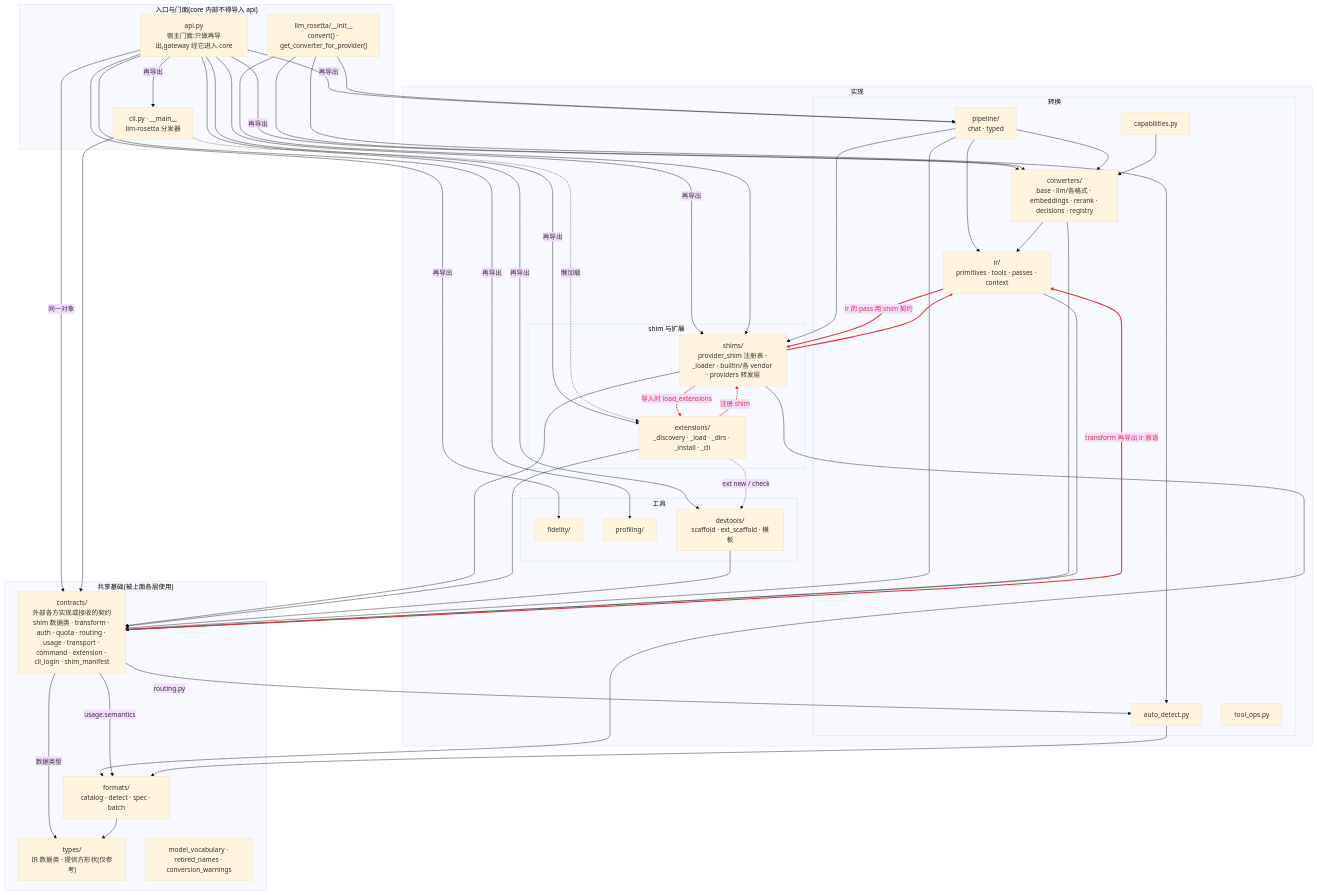
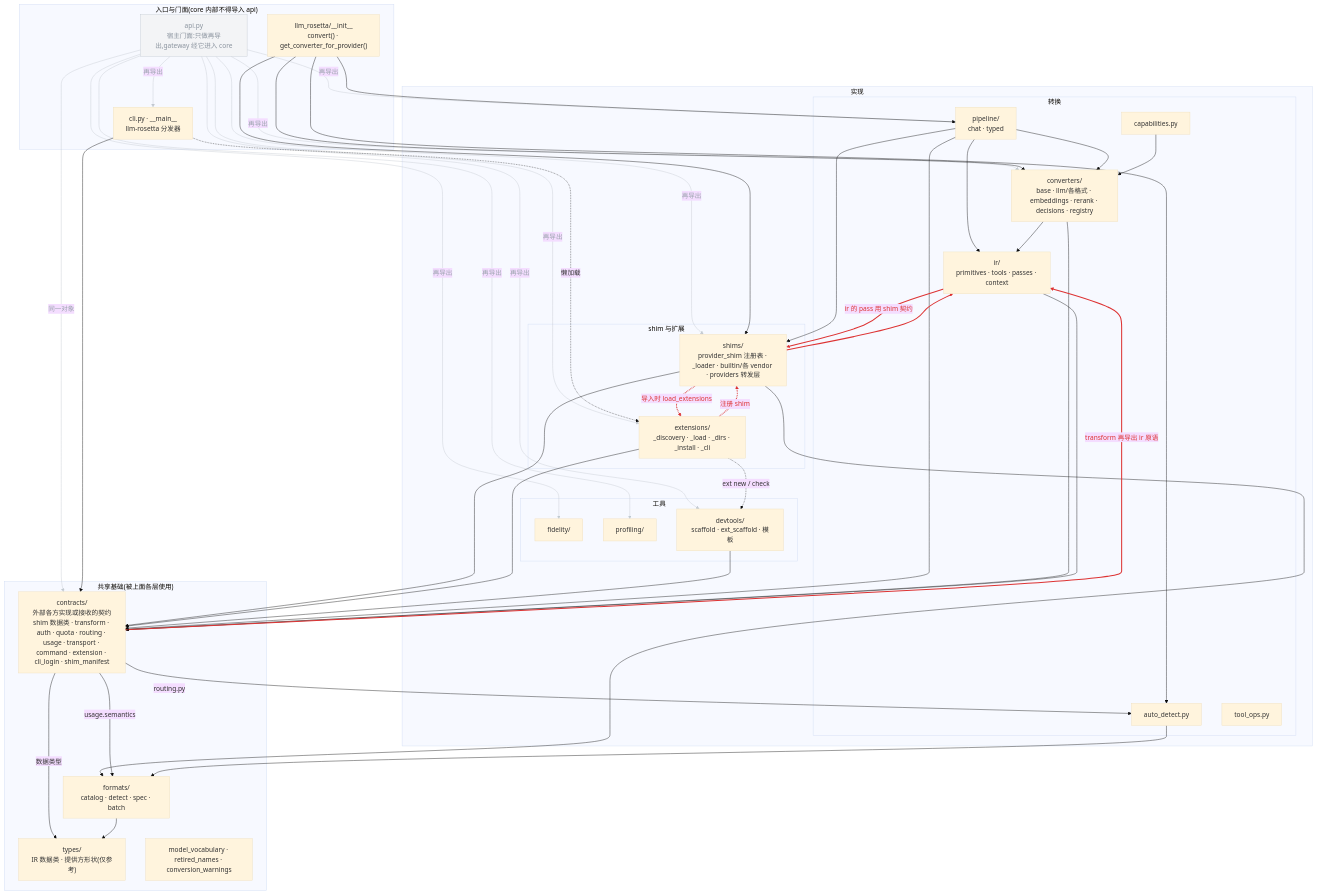
The diagram in core.mmd (Oaklight/llm-rosetta), drawn with Mermaid (base theme) before and after one commit. The commit also changed 5 other files, not shown here.

```diff
--- a/core.mmd
+++ b/core.mmd
@@ -1,77 +1,87 @@
 flowchart TB
   subgraph FACADE["入口与门面(core 内部不得导入 api)"]
     API["api.py<br/>宿主门面:只做再导出,gateway 经它进入 core"]
     INIT["llm_rosetta/__init__<br/>convert() · get_converter_for_provider()"]
     CLI["cli.py · __main__<br/>llm-rosetta 分发器"]
   end
   subgraph IMPL["实现"]
     subgraph CONV["转换"]
       PIPE["pipeline/<br/>chat · typed"]
       CVT["converters/<br/>base · llm/各格式 · embeddings · rerank · decisions · registry"]
       IR["ir/<br/>primitives · tools · passes · context"]
       DET["auto_detect.py"]
       CAP["capabilities.py"]
       TOOL["tool_ops.py"]
     end
     subgraph SHIMEXT["shim 与扩展"]
       SHIM["shims/<br/>provider_shim 注册表 · _loader · builtin/各 vendor · providers 转发层"]
       EXTS["extensions/<br/>_discovery · _load · _dirs · _install · _cli"]
     end
     subgraph TOOLS["工具"]
       FID["fidelity/"]
       PROF["profiling/"]
       DEV["devtools/<br/>scaffold · ext_scaffold · 模板"]
     end
   end
   subgraph FOUND["共享基础(被上面各层使用)"]
     CON["contracts/<br/>外部各方实现或接收的契约<br/>shim 数据类 · transform · auth · quota · routing · usage · transport · command · extension · cli_login · shim_manifest"]
     FMT["formats/<br/>catalog · detect · spec · batch"]
     TYP["types/<br/>IR 数据类 · 提供方形状(仅参考)"]
     VOCAB["model_vocabulary · retired_names · conversion_warnings"]
   end
 
 
   API -->|"再导出"| PIPE
   API -->|"再导出"| CVT
   API -->|"再导出"| SHIM
   API -->|"再导出"| EXTS
   API -->|"再导出"| CLI
   API -->|"再导出"| DEV
   API -->|"再导出"| FID
   API -->|"再导出"| PROF
   API -->|"同一对象"| CON
   INIT --> PIPE
   INIT --> CVT
   INIT --> SHIM
   INIT --> DET
   CLI --> CON
   CLI -.->|"懒加载"| EXTS
   PIPE --> CVT
   PIPE --> IR
   PIPE --> SHIM
   PIPE --> CON
   CVT --> IR
   CVT --> CON
   IR --> CON
   IR -->|"ir 的 pass 用 shim 契约"| SHIM
   SHIM --> IR
   SHIM --> CON
   SHIM --> FMT
   SHIM -.->|"导入时 load_extensions"| EXTS
   EXTS -.->|"注册 shim"| SHIM
   EXTS --> CON
   EXTS -.->|"ext new / check"| DEV
   CON -->|"数据类型"| TYP
   CON -->|"usage.semantics"| FMT
   CON -->|"routing.py"| DET
   CON -->|"transform 再导出 ir 原语"| IR
   DET --> FMT
   FMT --> TYP
   CAP --> CVT
   DEV --> CON
 
+  linkStyle 0 stroke:#c3c9d0,stroke-width:1px,color:#9aa3ad
+  linkStyle 1 stroke:#c3c9d0,stroke-width:1px,color:#9aa3ad
+  linkStyle 2 stroke:#c3c9d0,stroke-width:1px,color:#9aa3ad
+  linkStyle 3 stroke:#c3c9d0,stroke-width:1px,color:#9aa3ad
+  linkStyle 4 stroke:#c3c9d0,stroke-width:1px,color:#9aa3ad
+  linkStyle 5 stroke:#c3c9d0,stroke-width:1px,color:#9aa3ad
+  linkStyle 6 stroke:#c3c9d0,stroke-width:1px,color:#9aa3ad
+  linkStyle 7 stroke:#c3c9d0,stroke-width:1px,color:#9aa3ad
+  linkStyle 8 stroke:#c3c9d0,stroke-width:1px,color:#9aa3ad
   linkStyle 22 stroke:#d33,stroke-width:2.5px,color:#d33
   linkStyle 23 stroke:#d33,stroke-width:2.5px,color:#d33
   linkStyle 26 stroke:#d33,stroke-width:2.5px,color:#d33
   linkStyle 27 stroke:#d33,stroke-width:2.5px,color:#d33
   linkStyle 33 stroke:#d33,stroke-width:2.5px,color:#d33
+  style API fill:#f3f4f6,stroke:#c3c9d0,color:#8a939e
```
